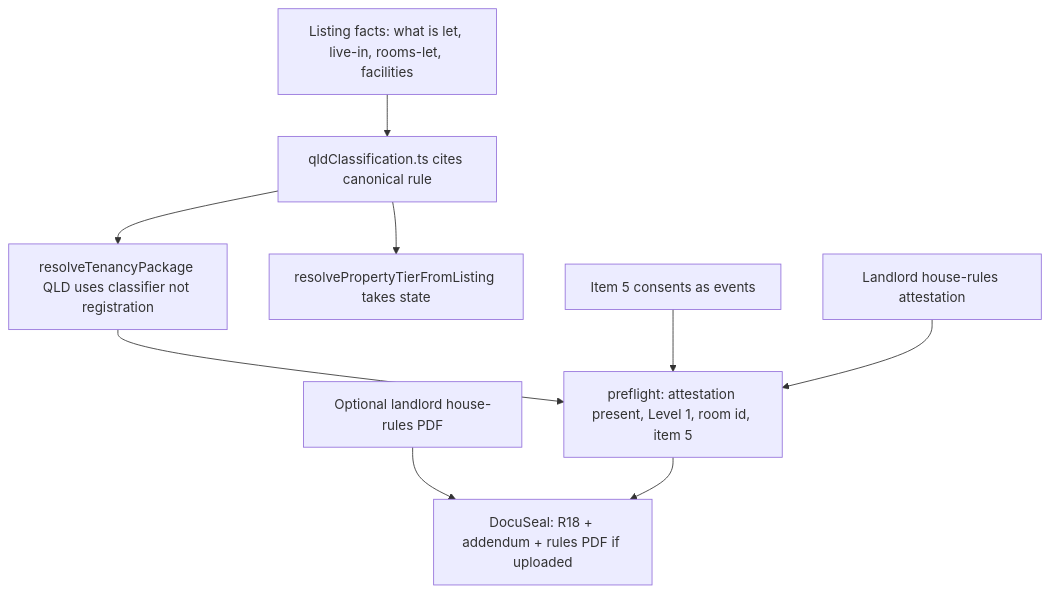
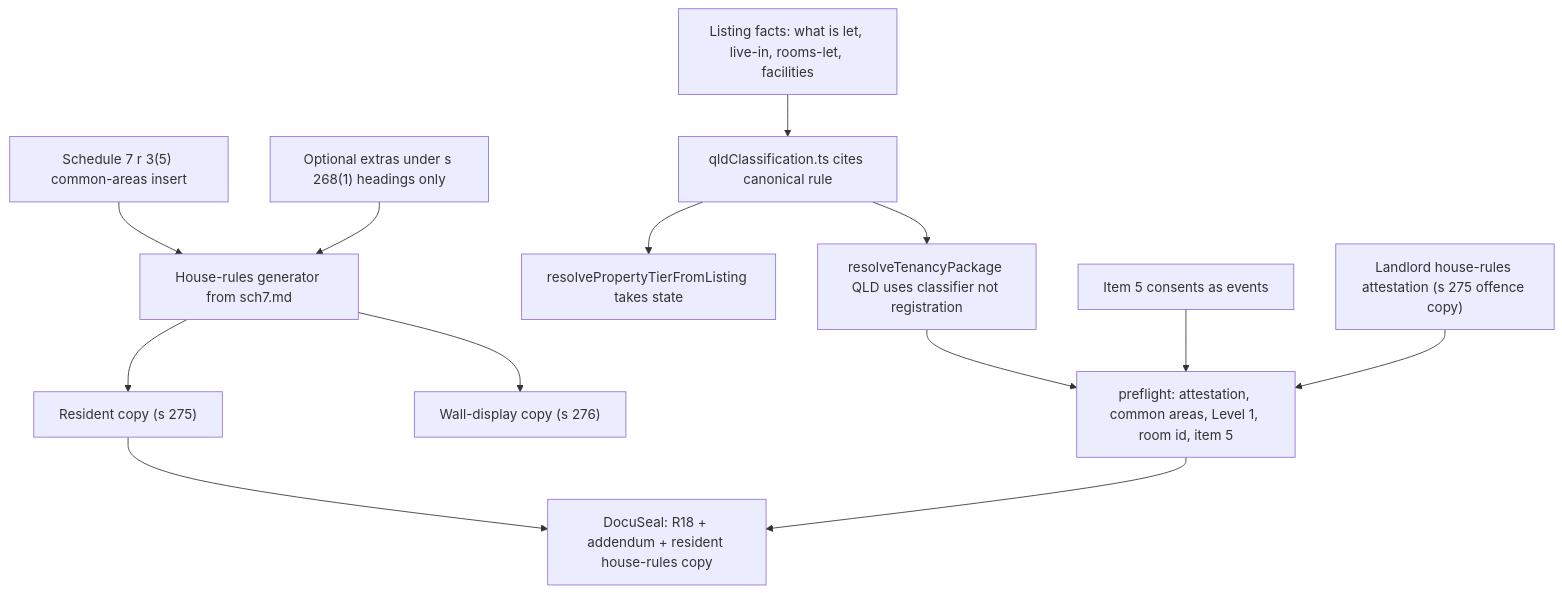
Before and after one commit to robertsalta-wq/quni-living: the diagram in docs/qld-rooming-ungate-plan.md, drawn with Mermaid. The commit also changed other lines of this file and 1 other file, not shown here.

First line of the commit message:
Revise Stage 3 to a house-rules generator with two outputs.

````diff
--- a/docs/qld-rooming-ungate-plan.md
+++ b/docs/qld-rooming-ungate-plan.md
@@ -83,20 +85,28 @@
 ```mermaid
 flowchart TD
   listingFacts["Listing facts: what is let, live-in, rooms-let, facilities"]
   item5["Item 5 consents as events"]
   classifier["qldClassification.ts cites canonical rule"]
   tierFn["resolvePropertyTierFromListing takes state"]
   router["resolveTenancyPackage QLD uses classifier not registration"]
-  attest["Landlord house-rules attestation"]
-  optionalRules["Optional landlord house-rules PDF"]
-  preflight["preflight: attestation present, Level 1, room id, item 5"]
-  package["DocuSeal: R18 + addendum + rules PDF if uploaded"]
+  attest["Landlord house-rules attestation (s 275 offence copy)"]
+  commonAreas["Schedule 7 r 3(5) common-areas insert"]
+  providerRules["Optional extras under s 268(1) headings only"]
+  rulesGen["House-rules generator from sch7.md"]
+  residentCopy["Resident copy (s 275)"]
+  wallCopy["Wall-display copy (s 276)"]
+  preflight["preflight: attestation, common areas, Level 1, room id, item 5"]
+  package["DocuSeal: R18 + addendum + resident house-rules copy"]
   listingFacts --> classifier
   classifier --> tierFn
   classifier --> router
   router --> preflight
   item5 --> preflight
   attest --> preflight
-  optionalRules --> package
+  commonAreas --> rulesGen
+  providerRules --> rulesGen
+  rulesGen --> residentCopy
+  rulesGen --> wallCopy
+  residentCopy --> package
   preflight --> package
 ```
````
